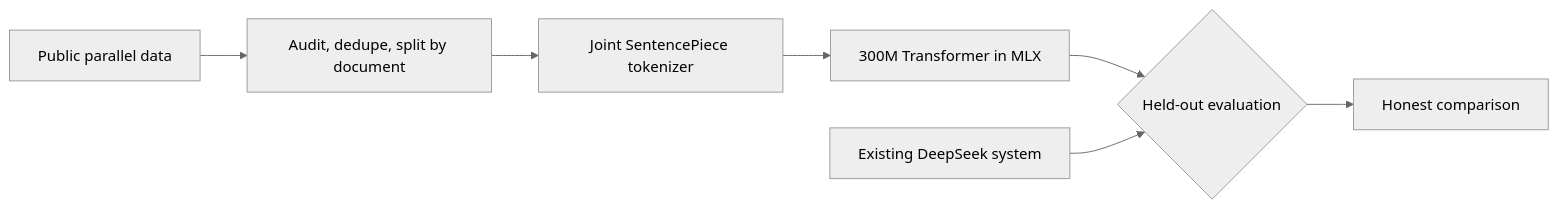
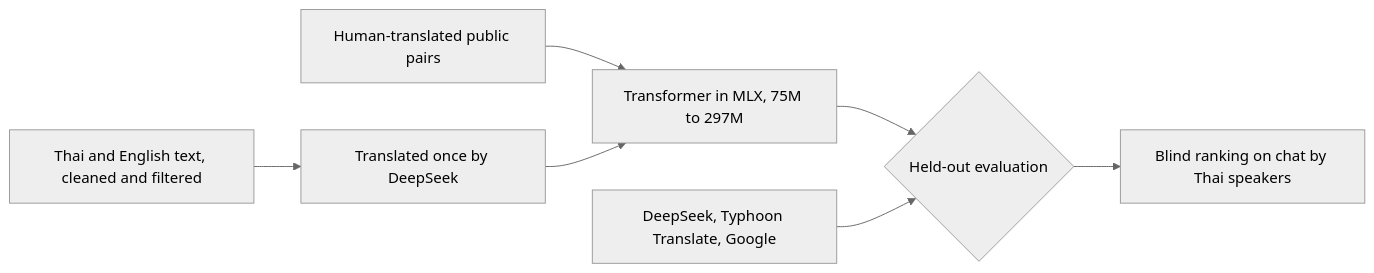
The diagram in README.md (sacreman/thaipoai), drawn with Mermaid (neutral theme) before and after one commit. The commit also changed other lines of this file and 6 other files, not shown here.

````diff
--- a/README.md
+++ b/README.md
@@ -11,9 +25,9 @@
 ```mermaid
 flowchart LR
-    A[Public parallel data] --> B[Audit, dedupe, split by document]
-    B --> C[Joint SentencePiece tokenizer]
-    C --> D[300M Transformer in MLX]
+    A[Human-translated public pairs] --> D[Transformer in MLX, 75M to 297M]
+    B[Thai and English text, cleaned and filtered] --> C[Translated once by DeepSeek]
+    C --> D
     D --> E{Held-out evaluation}
-    F[Existing DeepSeek system] --> E
-    E --> G[Honest comparison]
+    F[DeepSeek, Typhoon Translate, Google] --> E
+    E --> G[Blind ranking on chat by Thai speakers]
 ```
````
